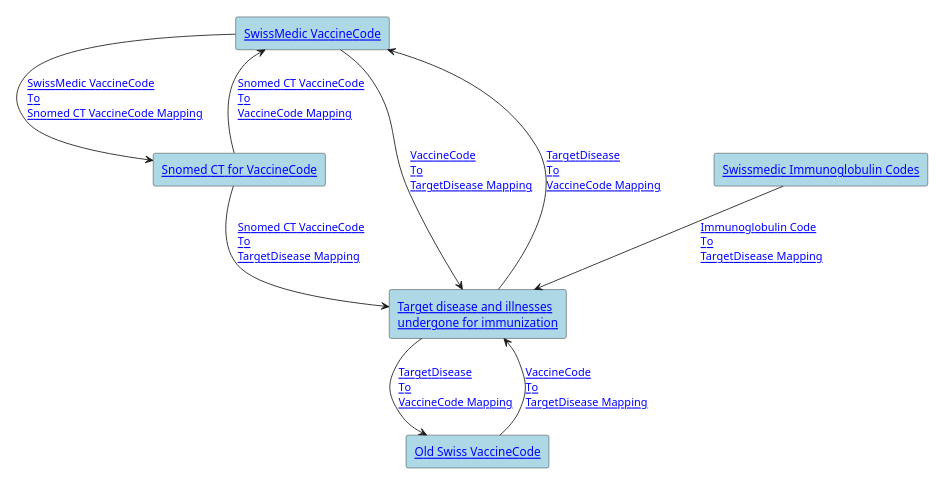
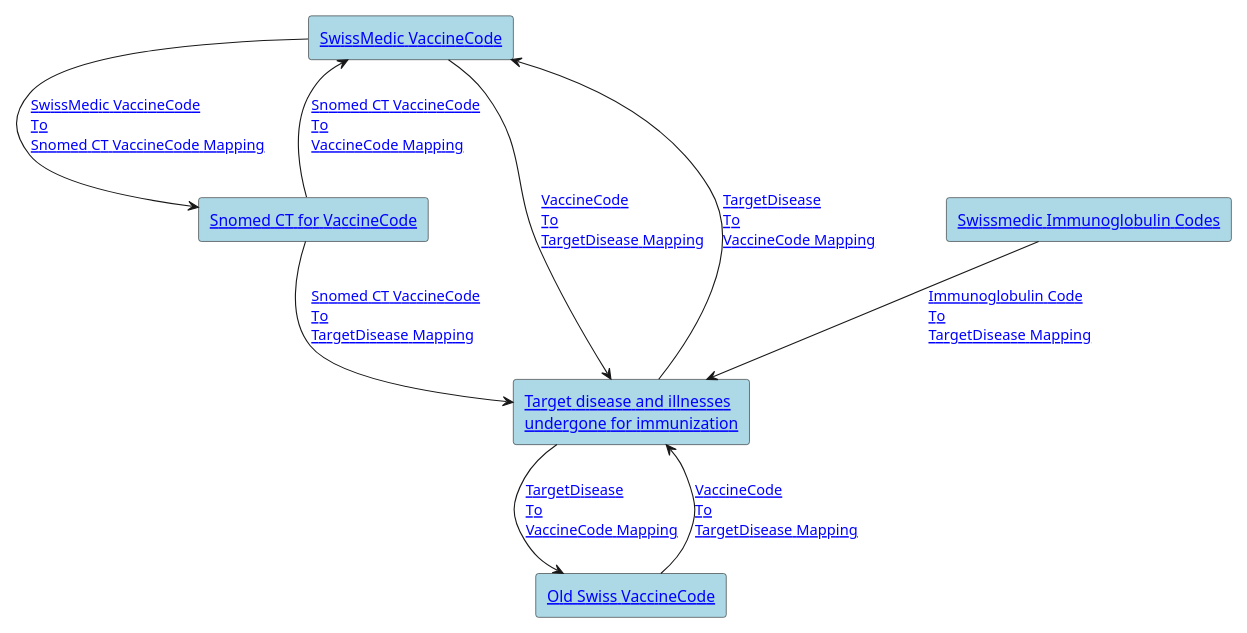
The diagram in input/images-source/concept-mappings.plantuml (hl7ch/ch-vacd), drawn with PlantUML before and after one commit.

Commit message:
Increase scale width in concept mappings diagram

```diff
--- a/input/images-source/concept-mappings.plantuml
+++ b/input/images-source/concept-mappings.plantuml
@@ -1,21 +1,21 @@
 @startuml
 
-scale max 600 width
+scale max 800 width
 
 rectangle "[[https://fhir.ch/ig/ch-term/CodeSystem-ch-vacd-swissmedic-cs.html SwissMedic VaccineCode]]" as SMVC #LightBlue
 rectangle "[[https://fhir.ch/ig/ch-term/CodeSystem-ch-vacd-old-swiss-cs.html Old Swiss VaccineCode]]" as OSVC #LightBlue
 rectangle "[[https://fhir.ch/ig/ch-term/ValueSet-ch-vacd-vaccines-snomedct-vs.html Snomed CT for VaccineCode]]" as SCTVC #LightBlue
 rectangle "[[https://fhir.ch/ig/ch-term/ValueSet-ch-vacd-targetdiseasesandillnessesundergoneforimmunization-vs.html Target disease and illnesses\nundergone for immunization]]" as TD #LightBlue
 rectangle "[[https://fhir.ch/ig/ch-term/CodeSystem-ch-vacd-immunoglobulin-cs.html Swissmedic Immunoglobulin Codes]]" as SMIG #LightBlue
 
 
 SMVC --> TD : "[[https://fhir.ch/ig/ch-term/ConceptMap-ch-vacd-vaccines-targetdiseases-cm.html VaccineCode\nTo\nTargetDisease Mapping]]"
 OSVC --> TD : "[[https://fhir.ch/ig/ch-term/ConceptMap-ch-vacd-vaccines-targetdiseases-cm.html VaccineCode\nTo\nTargetDisease Mapping]]"    
 SCTVC --> TD : "[[https://fhir.ch/ig/ch-term/ConceptMap-ch-vacd-snomedct-vaccines-targetdiseases-cm.html Snomed CT VaccineCode\nTo\nTargetDisease Mapping]]"
 SMIG --> TD : "[[https://fhir.ch/ig/ch-term/ConceptMap-ch-vacd-immunoglobulin-targetdiseases-cm.html Immunoglobulin Code\nTo\nTargetDisease Mapping]]"
 
 TD --> SMVC : "[[https://fhir.ch/ig/ch-term/ConceptMap-ch-vacd-targetdiseases-vaccines-cm.html TargetDisease\nTo\nVaccineCode Mapping]]"
 TD --> OSVC : "[[https://fhir.ch/ig/ch-term/ConceptMap-ch-vacd-targetdiseases-vaccines-cm.html TargetDisease\nTo\nVaccineCode Mapping]]"
 SMVC --> SCTVC : "[[https://fhir.ch/ig/ch-term/ConceptMap-ch-vacd-swissmedic-snomedct-vaccines-cm.html SwissMedic VaccineCode\nTo\nSnomed CT VaccineCode Mapping]]"
 SCTVC --> SMVC : "[[https://fhir.ch/ig/ch-term/ConceptMap-ch-vacd-swissmedic-snomedct-vaccines-cm.html Snomed CT VaccineCode\nTo\nVaccineCode Mapping]]"
 @enduml
```
